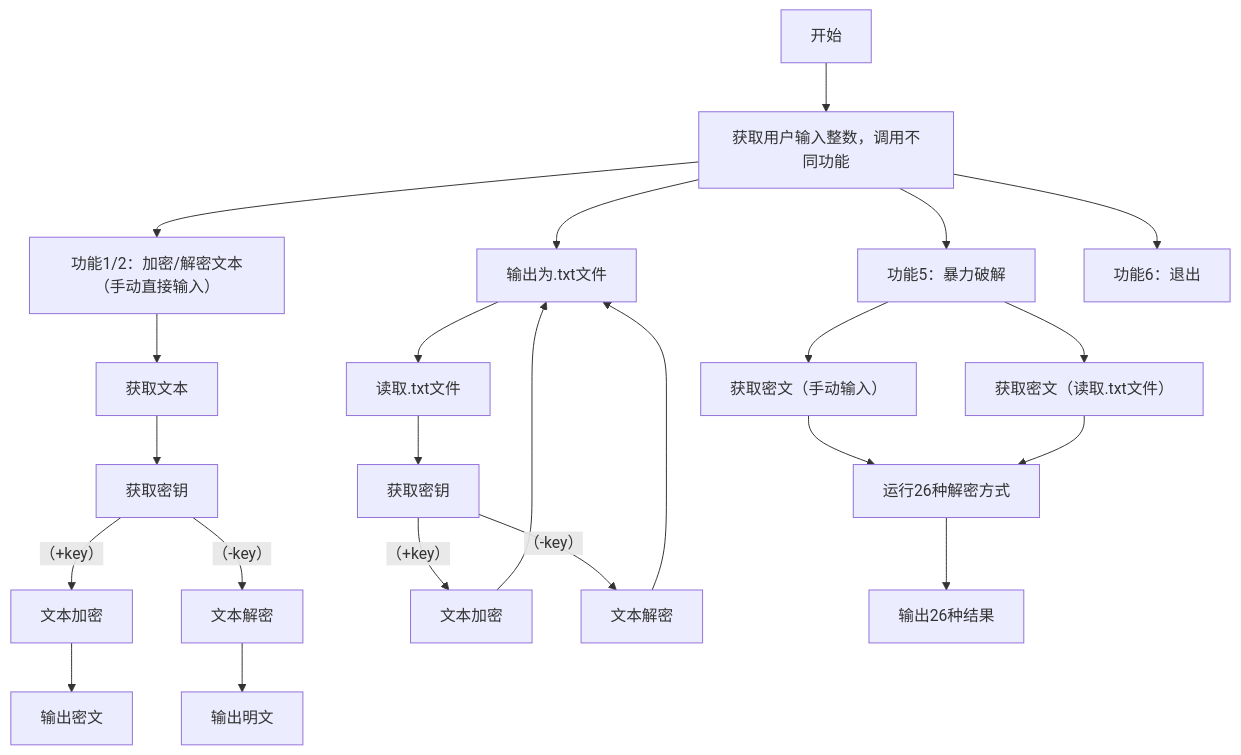
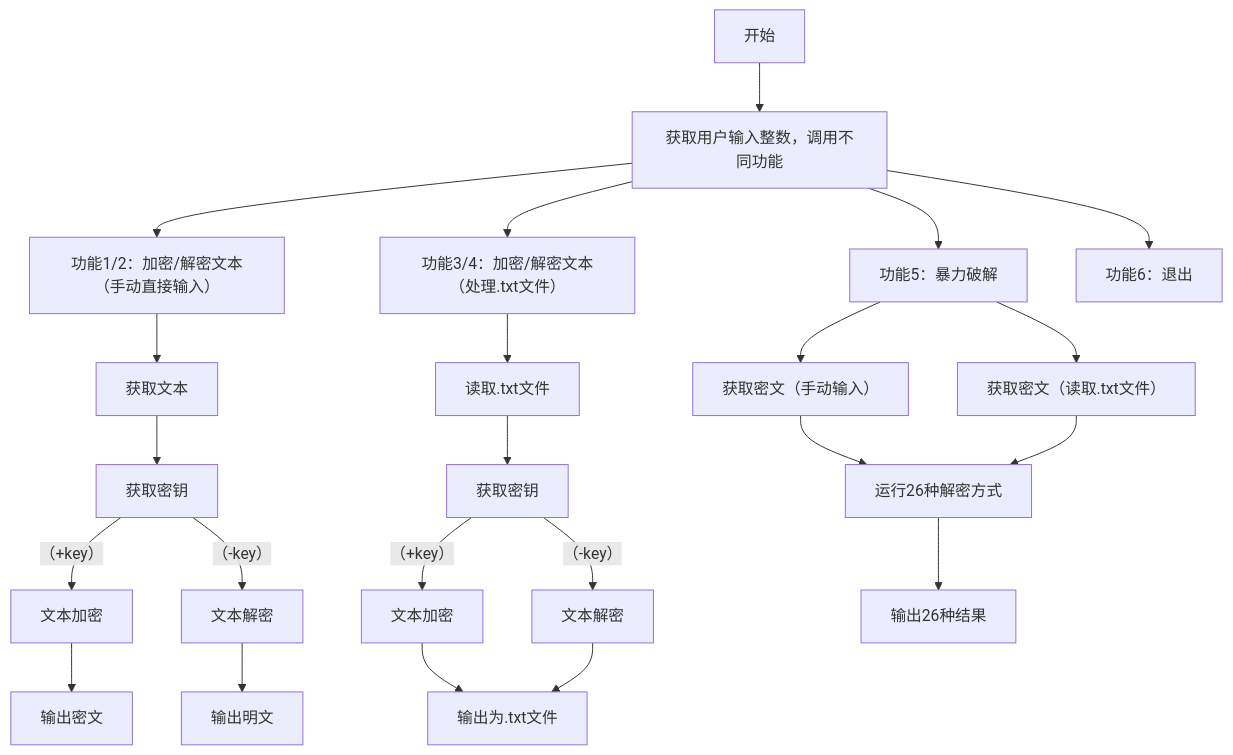
The diagram in README.md (Python-Programming-2026/project1-caesar-cipher-super-awesome-team), drawn with Mermaid before and after one commit.

````diff
--- a/README.md
+++ b/README.md
@@ -49,30 +49,30 @@
 ```mermaid
 flowchart TD
   A[开始] --> B[获取用户输入整数，调用不同功能]
   B --> C[功能1/2：加密/解密文本（手动直接输入）]
   B --> E[功能3/4：加密/解密文本（处理.txt文件）]
   B --> G[功能5：暴力破解]
   B --> H[功能6：退出]
 
   C --> C1[获取文本]
   C1 --> C2[获取密钥]
   C2 --（+key）--> C3[文本加密]
   C2 --（-key）--> C4[文本解密]
 
   C3 --> C5[输出密文]
   C4 --> C6[输出明文]
 
   E --> D[读取.txt文件]
   D --> F[获取密钥]
   F --（+key）--> F3[文本加密]
   F --（-key）--> F4[文本解密]
-  F3 --> E[输出为.txt文件]
-  F4 --> E[输出为.txt文件]
+  F3 --> F5[输出为.txt文件]
+  F4 --> F5[输出为.txt文件]
 
   G --> G1[获取密文（手动输入）]
   G --> G2[获取密文（读取.txt文件）]
   G1 --> G11[运行26种解密方式]
   G2 --> G11
   G11 --> G111[输出26种结果]
   
   ```
````
